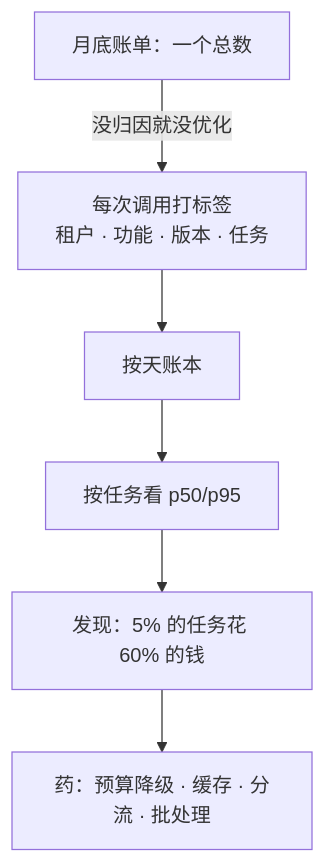
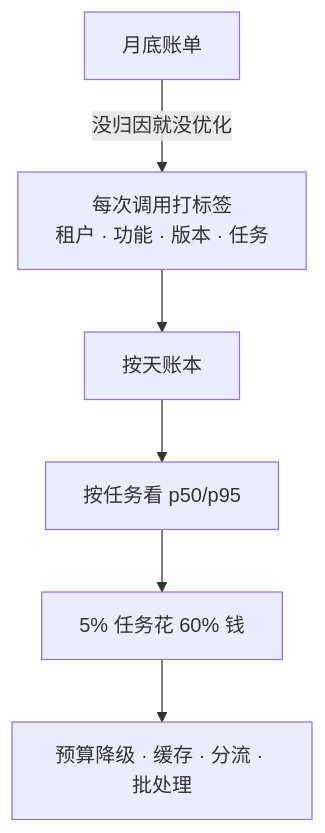
The third of 7 diagrams in slides/2026-11-14-production-and-operations.md (arganzheng/arganzheng.github.com), drawn with Mermaid before and after one commit. The commit also changed other lines of this file, not shown here.

Commit message:
slides(2026-11-14-production-and-operations): 图内文字 ≥14px——标签缩短/拆分/Unicode 数学

````diff
--- a/slides/2026-11-14-production-and-operations.md
+++ b/slides/2026-11-14-production-and-operations.md
@@ -80,10 +82,10 @@
 ```mermaid
 %%{init: {"flowchart": {"wrappingWidth": 180}}}%%
 flowchart TB
-    B["月底账单：一个总数"] -- "没归因就没优化" --> T["每次调用打标签<br/>租户 · 功能 · 版本 · 任务"]
+    B["月底账单"] -- "没归因就没优化" --> T["每次调用打标签<br/>租户 · 功能 · 版本 · 任务"]
     T --> L["按天账本"]
     L --> V["按任务看 p50/p95"]
-    V --> F["发现：5% 的任务花 60% 的钱"]
-    F --> A["药：预算降级 · 缓存 · 分流 · 批处理"]
+    V --> F["5% 任务花 60% 钱"]
+    F --> A["预算降级 · 缓存 · 分流 · 批处理"]
 
 ```
````
